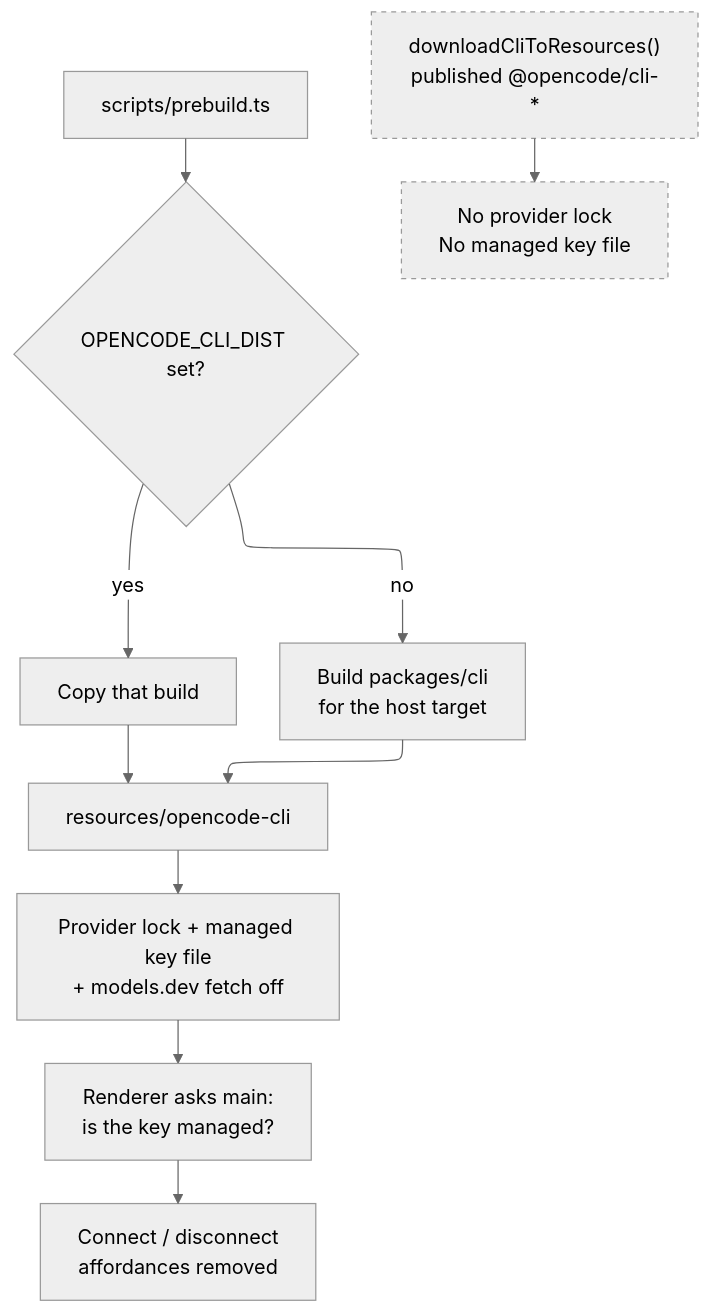
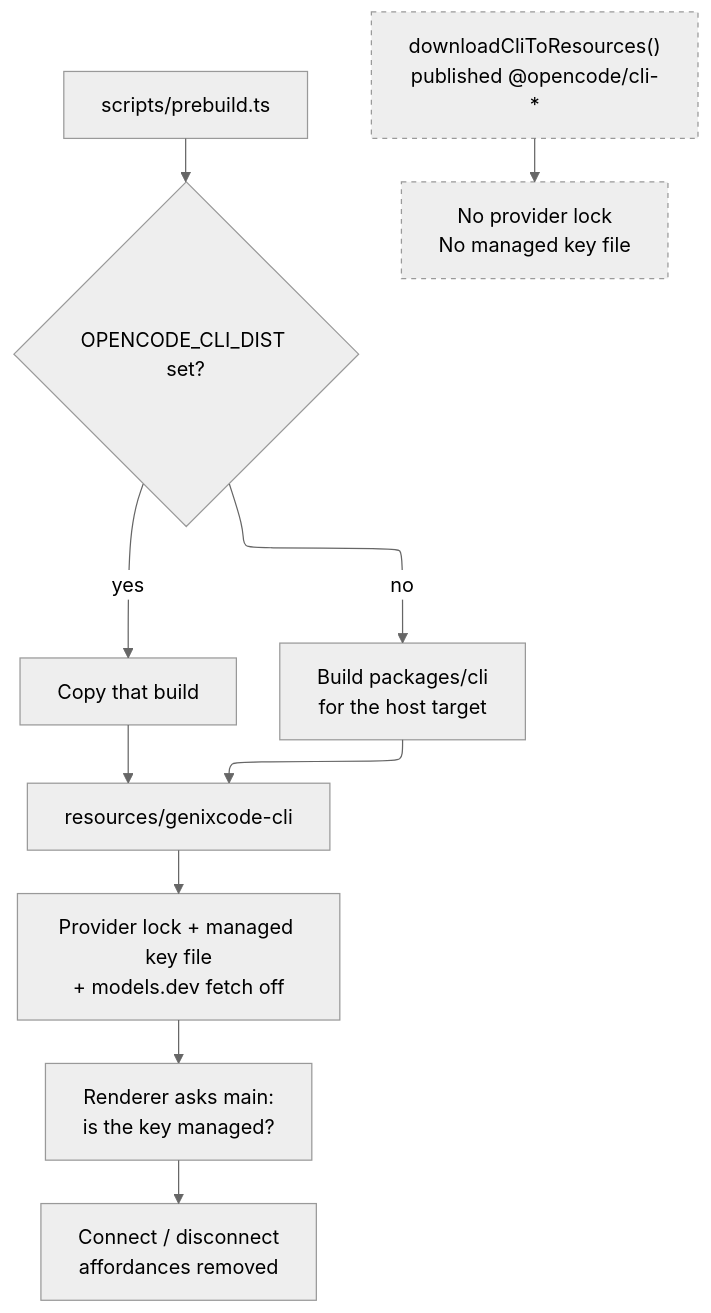
One commit to t7tran/opencode changed the second of 3 diagrams in FORK.md. Above: the diagram before and after it, drawn with Mermaid (neutral theme). The commit also changed other lines of this file and 40 other files, not shown here.

Commit message:
feat(fork): rename the CLI executable to genixcode-cli wherever it is built, released or bundled

````diff
--- a/FORK.md
+++ b/FORK.md
@@ -524,19 +541,19 @@
 ```mermaid
 ---
 config:
   layout: elk
 ---
 flowchart TB
   A["scripts/prebuild.ts"] --> B{"OPENCODE_CLI_DIST set?"}
   B -- "yes" --> C["Copy that build"]
   B -- "no" --> D["Build packages/cli<br/>for the host target"]
-  C --> E["resources/opencode-cli"]
+  C --> E["resources/genixcode-cli"]
   D --> E
   E --> F["Provider lock + managed key file<br/>+ models.dev fetch off"]
   F --> G["Renderer asks main:<br/>is the key managed?"]
   G --> H["Connect / disconnect<br/>affordances removed"]
   X["downloadCliToResources()<br/>published @opencode/cli-*"] --> Y["No provider lock<br/>No managed key file"]
   X:::removed
   Y:::removed
   classDef removed stroke-dasharray: 4 4
 ```
````
